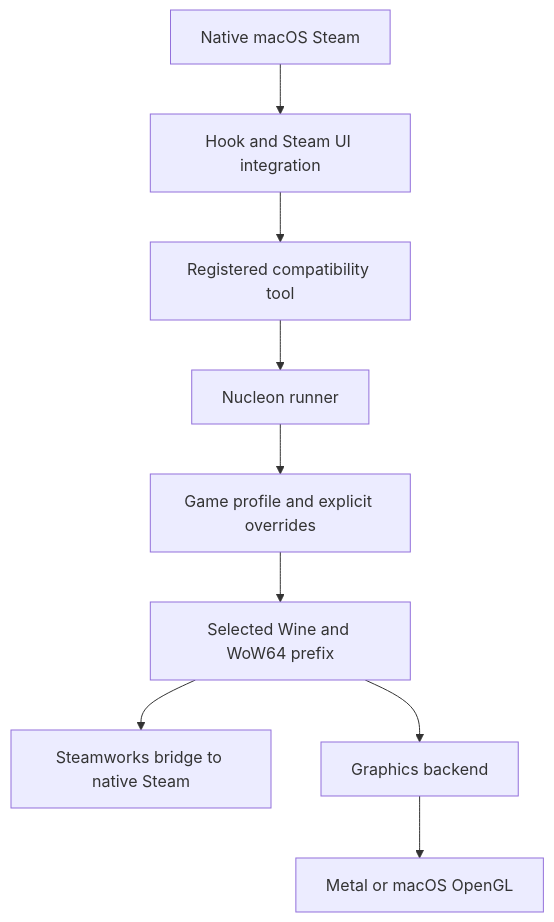
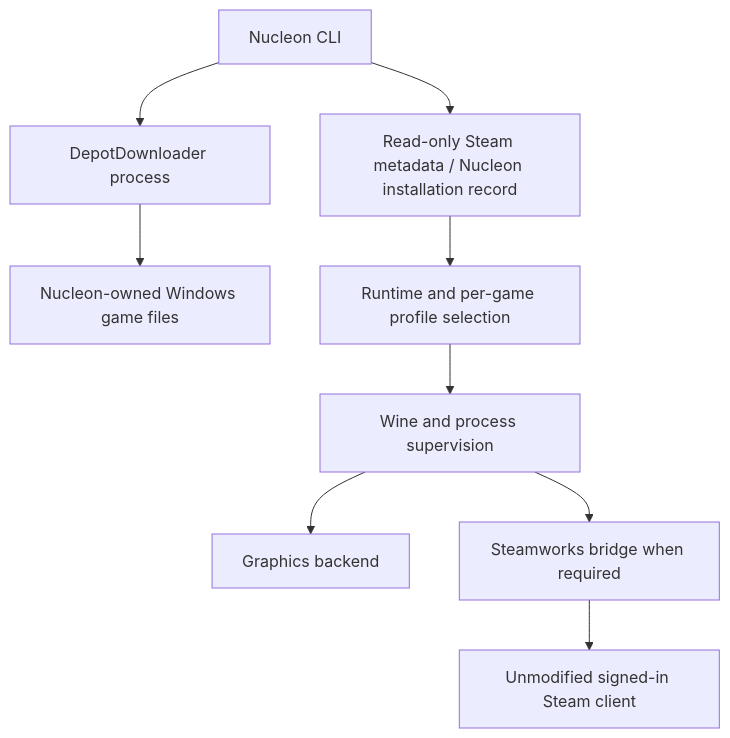
Before and after one commit to Maxyme/Nucleon: the diagram in ARCHITECTURE.md, drawn with Mermaid. The commit also changed other lines of this file and 101 other files, not shown here.

````diff
--- a/ARCHITECTURE.md
+++ b/ARCHITECTURE.md
@@ -7,11 +6,11 @@
 ```mermaid
 flowchart TD
-    Steam[Native macOS Steam] --> Hook[Hook and Steam UI integration]
-    Hook --> Tool[Registered compatibility tool]
-    Tool --> Runner[Nucleon runner]
-    Runner --> Profile[Game profile and explicit overrides]
-    Profile --> Wine[Selected Wine and WoW64 prefix]
-    Wine --> Bridge[Steamworks bridge to native Steam]
-    Wine --> Graphics[Graphics backend]
-    Graphics --> Host[Metal or macOS OpenGL]
+    CLI[Nucleon CLI] --> Download[DepotDownloader process]
+    Download --> Files[Nucleon-owned Windows game files]
+    CLI --> Metadata[Read-only Steam metadata / Nucleon installation record]
+    Metadata --> Runtime[Runtime and per-game profile selection]
+    Runtime --> Runner[Wine and process supervision]
+    Runner --> Graphics[Graphics backend]
+    Runner --> Bridge[Steamworks bridge when required]
+    Bridge --> Steam[Unmodified signed-in Steam client]
 ```
````
